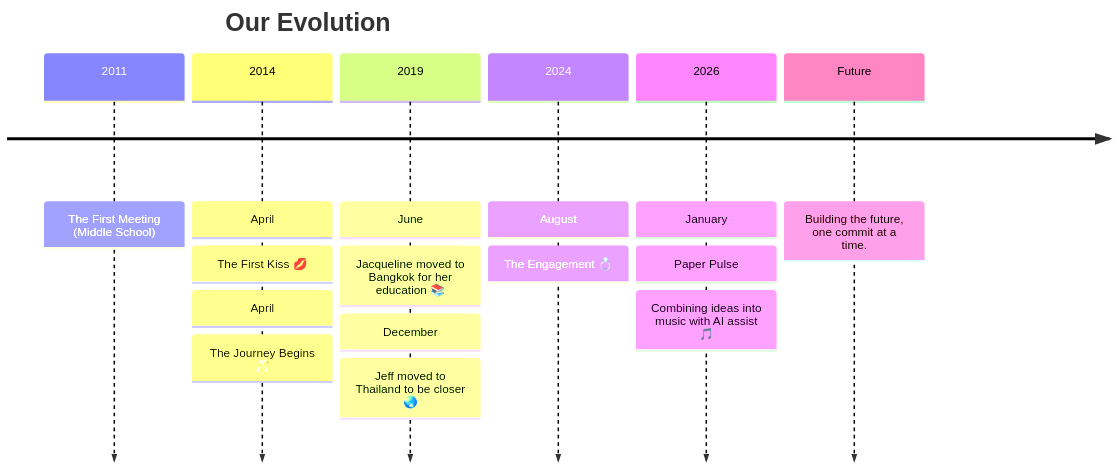
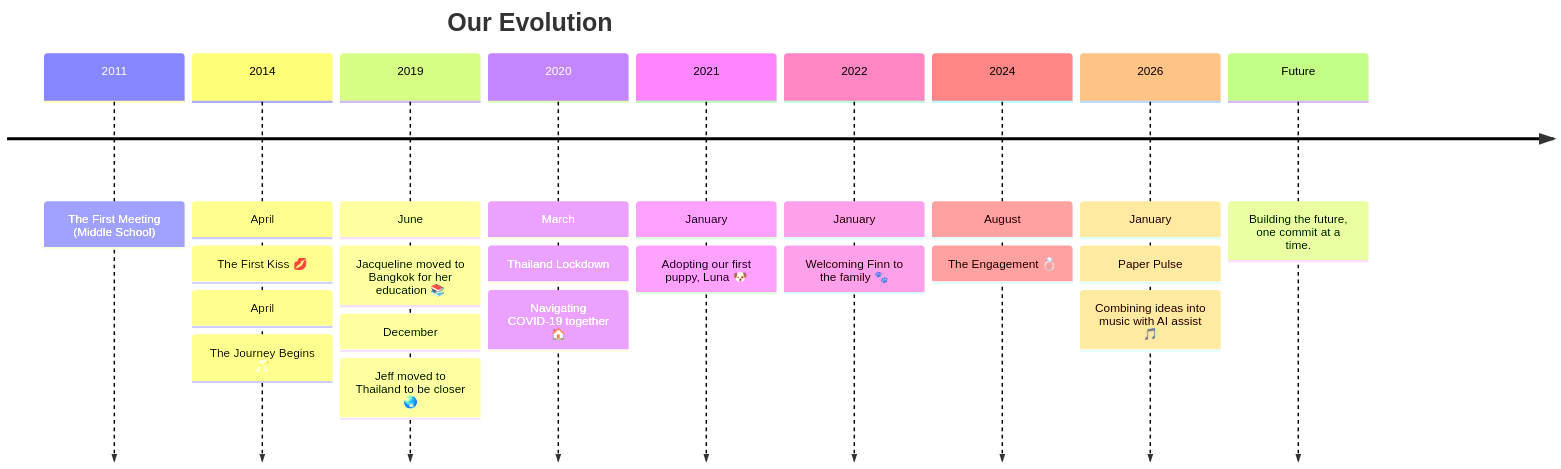
Before and after one commit to ScarletFoundry/love-journey: the diagram in README.md, drawn with Mermaid. The commit also changed other lines of this file, not shown here.

Commit message:
chore: automated journey update [skip ci]

````diff
--- a/README.md
+++ b/README.md
@@ -10,10 +10,13 @@
 ```mermaid
 timeline
     title Our Evolution
     2011 : The First Meeting (Middle School)
     2014 : April: The First Kiss 💋 : April: The Journey Begins 🥂
     2019 : June: Jacqueline moved to Bangkok for her education 📚 : December: Jeff moved to Thailand to be closer 🌏
+    2020 : March: Thailand Lockdown: Navigating COVID-19 together 🏠
+    2021 : January: Adopting our first puppy, Luna 🐶
+    2022 : January: Welcoming Finn to the family 🐾
     2024 : August: The Engagement 💍
     2026 : January: Paper Pulse: Combining ideas into music with AI assist 🎵
     Future : Building the future, one commit at a time.
 ```
````
